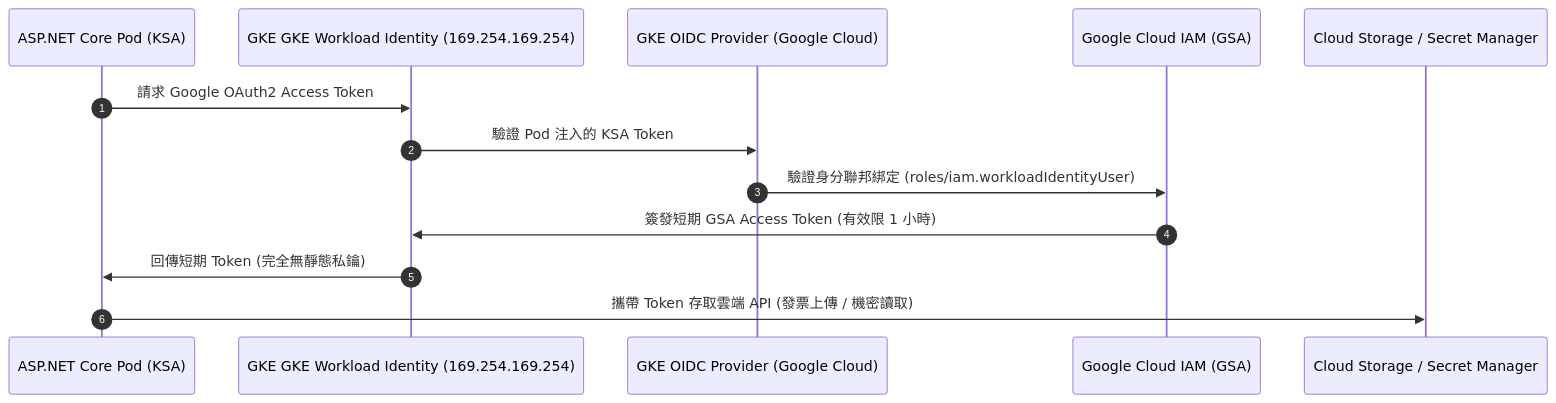
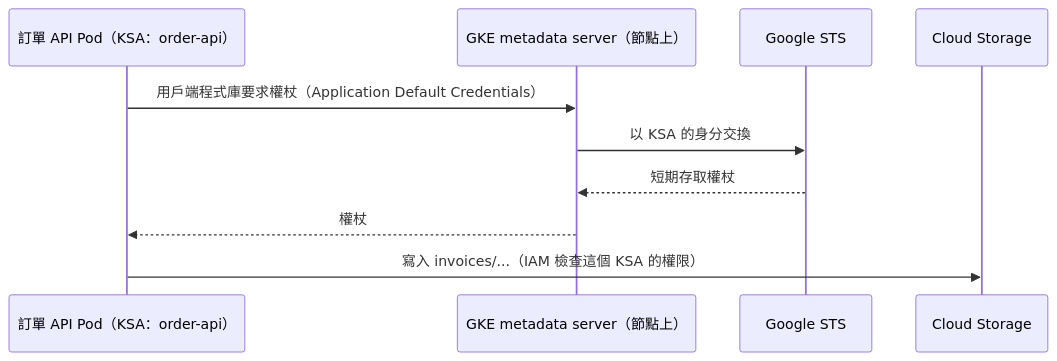
One commit to RayLiu1999/Wiki changed the diagram in src/content/docs/platforms/gke/workload-identity.md. Above: the diagram before and after it, drawn with Mermaid. The commit also changed other lines of this file and 4 other files, not shown here.

````diff
--- a/src/content/docs/platforms/gke/workload-identity.md
+++ b/src/content/docs/platforms/gke/workload-identity.md
@@ -28,16 +35,12 @@
 ```mermaid
 sequenceDiagram
-    autonumber
-    participant Pod as ASP.NET Core Pod (KSA)
-    participant Meta as GKE GKE Workload Identity (169.254.169.254)
-    participant OIDC as GKE OIDC Provider (Google Cloud)
-    participant IAM as Google Cloud IAM (GSA)
-    participant GCS as Cloud Storage / Secret Manager
-
-    Pod->>Meta: 請求 Google OAuth2 Access Token
-    Meta->>OIDC: 驗證 Pod 注入的 KSA Token
-    OIDC->>IAM: 驗證身分聯邦綁定 (roles/iam.workloadIdentityUser)
-    IAM->>Meta: 簽發短期 GSA Access Token (有效限 1 小時)
-    Meta->>Pod: 回傳短期 Token (完全無靜態私鑰)
-    Pod->>GCS: 攜帶 Token 存取雲端 API (發票上傳 / 機密讀取)
+    participant Pod as 訂單 API Pod（KSA：order-api）
+    participant MD as GKE metadata server（節點上）
+    participant STS as Google STS
+    participant GCS as Cloud Storage
+    Pod->>MD: 用戶端程式庫要求權杖（Application Default Credentials）
+    MD->>STS: 以 KSA 的身分交換
+    STS-->>MD: 短期存取權杖
+    MD-->>Pod: 權杖
+    Pod->>GCS: 寫入 invoices/...（IAM 檢查這個 KSA 的權限）
 ```
````
